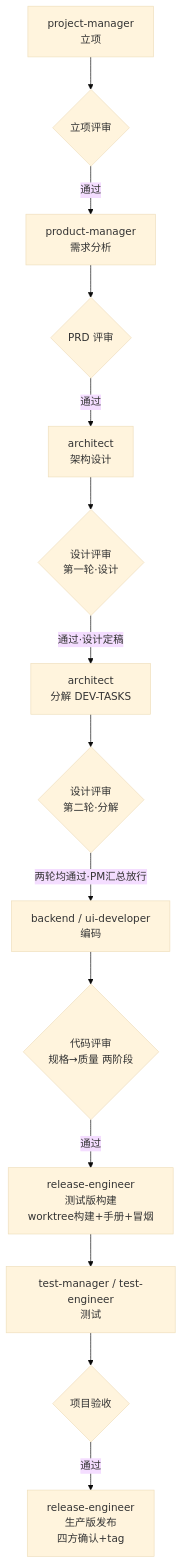
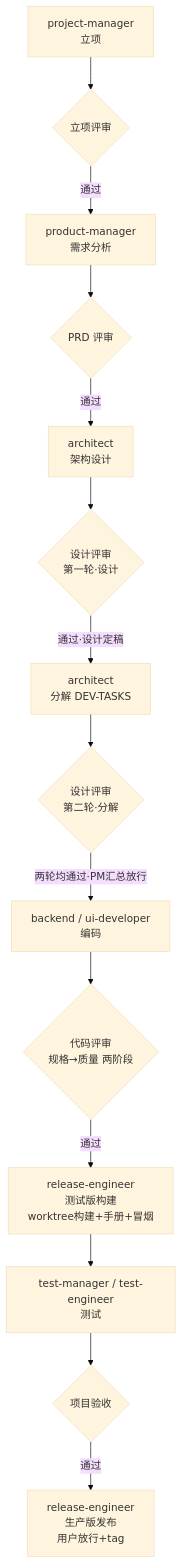
The diagram in README.md (newbeans1118/virtual-team), drawn with Mermaid (base theme) before and after one commit. The commit also changed other lines of this file and 70 other files, not shown here.

````diff
--- a/README.md
+++ b/README.md
@@ -50,16 +52,16 @@
 ```mermaid
 flowchart TD
   PM[project-manager<br/>立项] --> PRJ{立项评审}
   PRJ -->|通过| PROD[product-manager<br/>需求分析]
   PROD --> RR{PRD 评审}
   RR -->|通过| ARCH[architect<br/>架构设计]
   ARCH --> DR1{设计评审<br/>第一轮·设计}
   DR1 -->|通过·设计定稿| TASK[architect<br/>分解 DEV-TASKS]
   TASK --> DR2{设计评审<br/>第二轮·分解}
   DR2 -->|两轮均通过·PM汇总放行| DEV[backend / ui-developer<br/>编码]
   DEV --> CR{代码评审<br/>规格→质量 两阶段}
   CR -->|通过| TB[release-engineer<br/>测试版构建<br/>worktree构建+手册+冒烟]
   TB --> TEST[test-manager / test-engineer<br/>测试]
   TEST --> ACC{项目验收}
-  ACC -->|通过| REL[release-engineer<br/>生产版发布<br/>四方确认+tag]
+  ACC -->|通过| REL[release-engineer<br/>生产版发布<br/>用户放行+tag]
 ```
````
